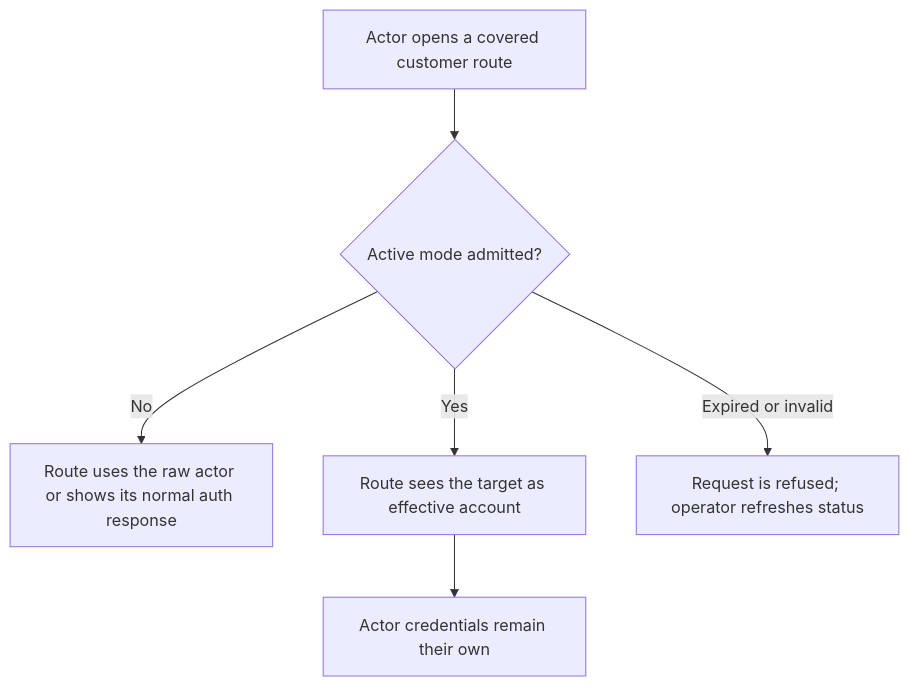
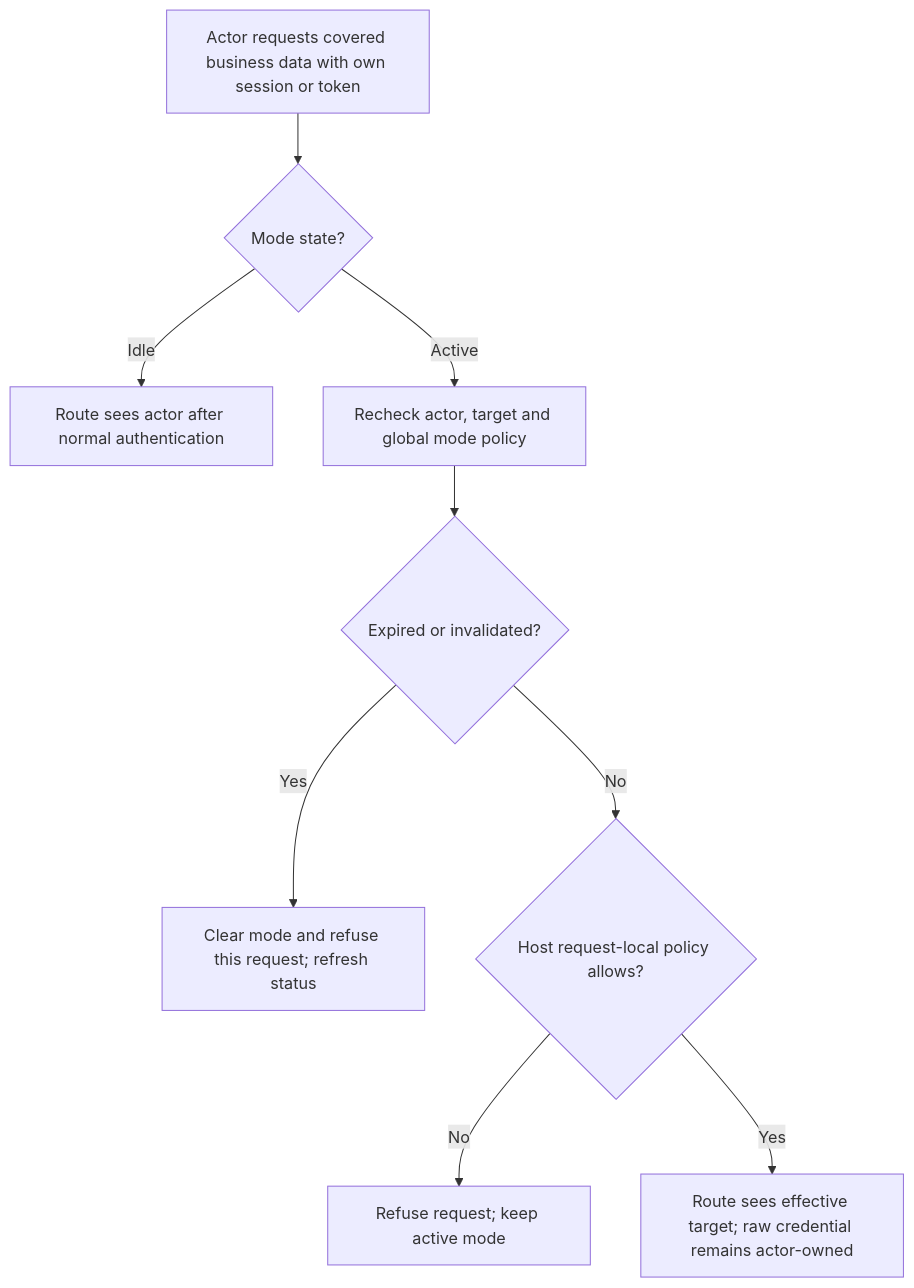
One commit to Kevinjohn/oss-adonisjs-masquerade changed the first of 2 diagrams in user-stories/view-effective-account/us-actor-02-view-effective-account.md. Above: the diagram before and after it, drawn with Mermaid. The commit also changed other lines of this file and 5 other files, not shown here.

Commit message:
Correct request admission and operator mode flow boundaries

````diff
--- a/user-stories/view-effective-account/us-actor-02-view-effective-account.md
+++ b/user-stories/view-effective-account/us-actor-02-view-effective-account.md
@@ -21,8 +23,11 @@
 ```mermaid
 flowchart TD
-    A["Actor opens a covered customer route"] --> B{"Active mode admitted?"}
-    B -->|No| C["Route uses the raw actor or shows its normal auth response"]
-    B -->|Yes| D["Route sees the target as effective account"]
-    D --> E["Actor credentials remain their own"]
-    B -->|Expired or invalid| F["Request is refused; operator refreshes status"]
+    A["Actor requests covered business data with own session or token"] --> B{"Mode state?"}
+    B -->|Idle| C["Route sees actor after normal authentication"]
+    B -->|Active| D["Recheck actor, target and global mode policy"]
+    D --> E{"Expired or invalidated?"}
+    E -->|Yes| F["Clear mode and refuse this request; refresh status"]
+    E -->|No| G{"Host request-local policy allows?"}
+    G -->|No| H["Refuse request; keep active mode"]
+    G -->|Yes| I["Route sees effective target; raw credential remains actor-owned"]
 ```
````
